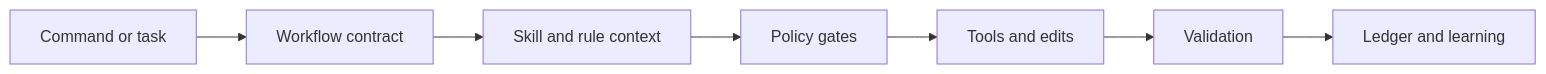
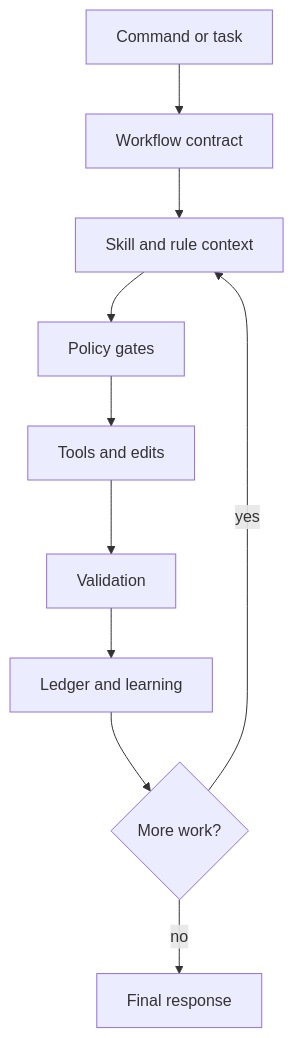
One commit to pesap/khala changed the diagram in README.md. Above: the diagram before and after it, drawn with Mermaid. The commit also changed other lines of this file and 15 other files, not shown here.

````diff
--- a/README.md
+++ b/README.md
@@ -76,9 +82,12 @@
 ```mermaid
-flowchart LR
+flowchart TD
   A[Command or task] --> B[Workflow contract]
   B --> C[Skill and rule context]
   C --> D[Policy gates]
   D --> E[Tools and edits]
   E --> F[Validation]
   F --> G[Ledger and learning]
+  G --> H{More work?}
+  H -->|yes| C
+  H -->|no| I[Final response]
 ```
````
